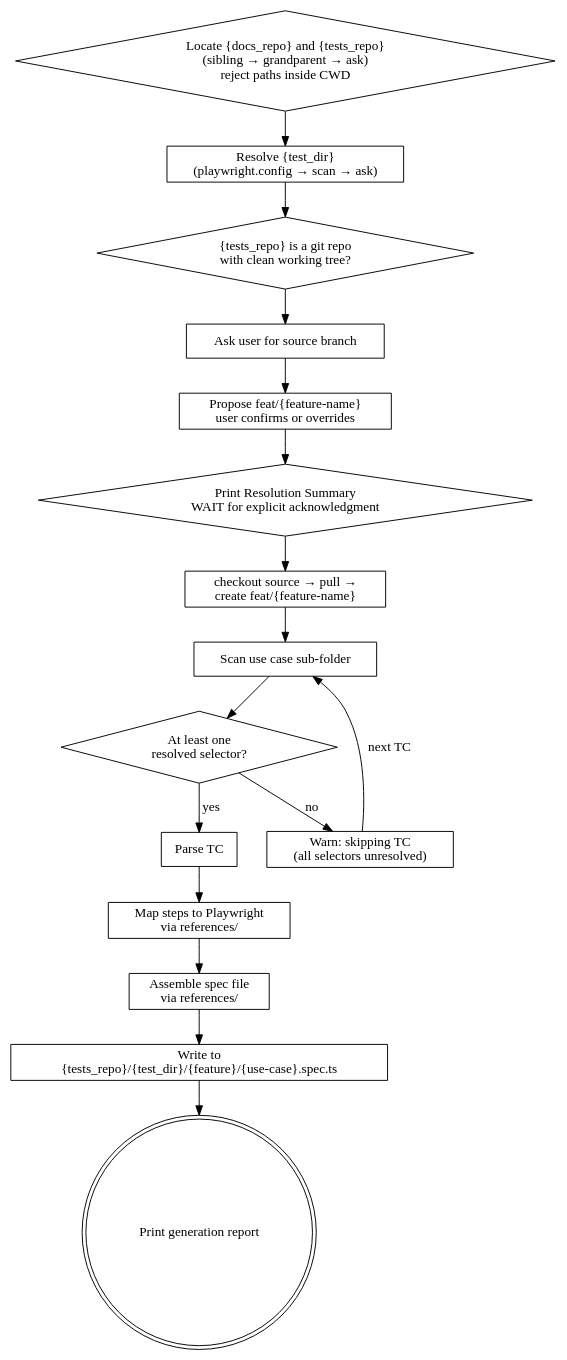
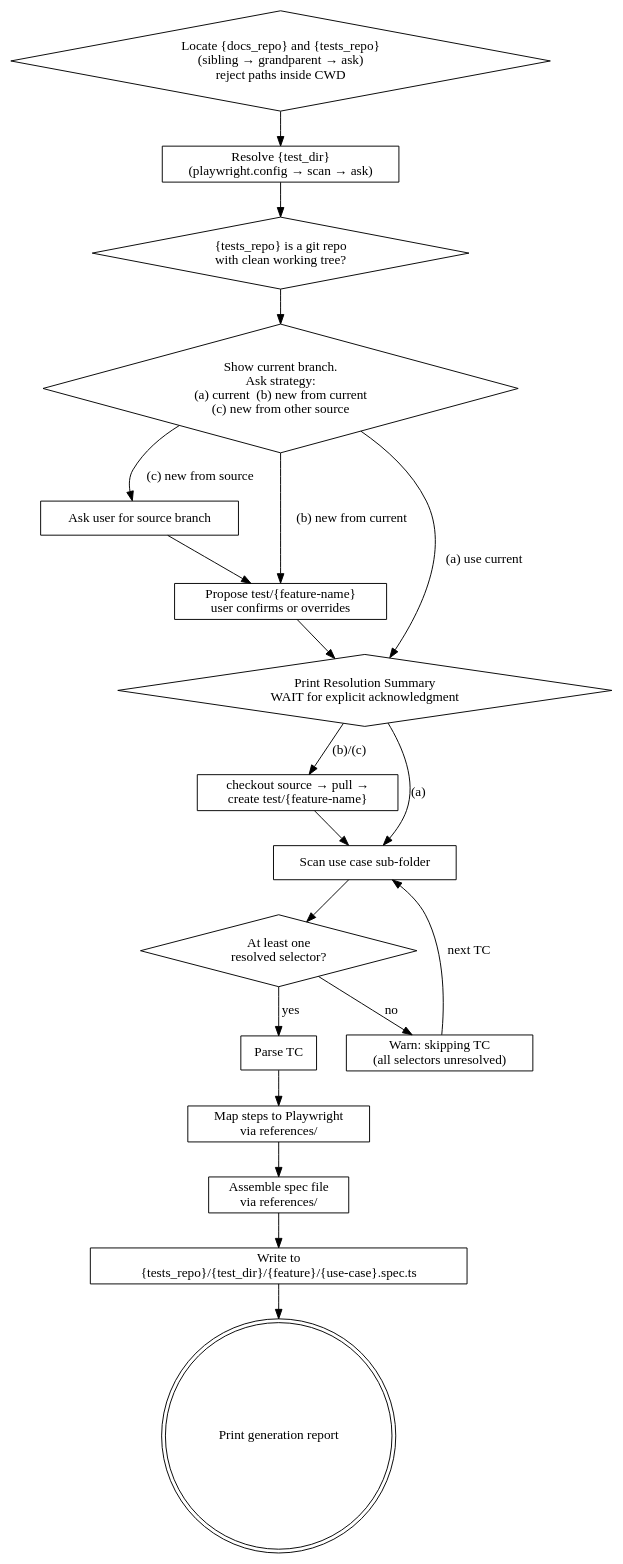
Before and after one commit to thapaliyabikendra/agentic-dev-flow: the diagram in plugins/agentic-flow/skills/generate-test-suite/SKILL.md, drawn with Graphviz. The commit also changed other lines of this file, not shown here.

Commit message:
feat(generate-test-suite): clarify branching strategy and user prompts for test spec generation

````diff
--- a/plugins/agentic-flow/skills/generate-test-suite/SKILL.md
+++ b/plugins/agentic-flow/skills/generate-test-suite/SKILL.md
@@ -148,28 +149,36 @@
 ```dot
 digraph process {
     rankdir=TB;
 
     locate [label="Locate {docs_repo} and {tests_repo}\n(sibling → grandparent → ask)\nreject paths inside CWD" shape=diamond];
     test_dir [label="Resolve {test_dir}\n(playwright.config → scan → ask)" shape=box];
     verify_git [label="{tests_repo} is a git repo\nwith clean working tree?" shape=diamond];
+    strategy [label="Show current branch.\nAsk strategy:\n(a) current  (b) new from current\n(c) new from other source" shape=diamond];
     ask_src [label="Ask user for source branch" shape=box];
-    confirm_name [label="Propose feat/{feature-name}\nuser confirms or overrides" shape=box];
+    confirm_name [label="Propose test/{feature-name}\nuser confirms or overrides" shape=box];
     announce [label="Print Resolution Summary\nWAIT for explicit acknowledgment" shape=diamond];
-    create_branch [label="checkout source → pull →\ncreate feat/{feature-name}" shape=box];
+    create_branch [label="checkout source → pull →\ncreate test/{feature-name}" shape=box];
     scan [label="Scan use case sub-folder" shape=box];
     check [label="At least one\nresolved selector?" shape=diamond];
     skip [label="Warn: skipping TC\n(all selectors unresolved)" shape=box];
     parse [label="Parse TC" shape=box];
     map [label="Map steps to Playwright\nvia references/" shape=box];
     assemble [label="Assemble spec file\nvia references/" shape=box];
     write [label="Write to\n{tests_repo}/{test_dir}/{feature}/{use-case}.spec.ts" shape=box];
     report [label="Print generation report" shape=doublecircle];
 
-    locate -> test_dir -> verify_git -> ask_src -> confirm_name -> announce -> create_branch -> scan;
+    locate -> test_dir -> verify_git -> strategy;
+    strategy -> announce [label="(a) use current"];
+    strategy -> confirm_name [label="(b) new from current"];
+    strategy -> ask_src [label="(c) new from source"];
+    ask_src -> confirm_name -> announce;
+    announce -> create_branch [label="(b)/(c)"];
+    announce -> scan [label="(a)"];
+    create_branch -> scan;
     scan -> check;
     check -> skip [label="no"];
     check -> parse [label="yes"];
     skip -> scan [label="next TC"];
     parse -> map -> assemble -> write -> report;
 }
 ```
````
